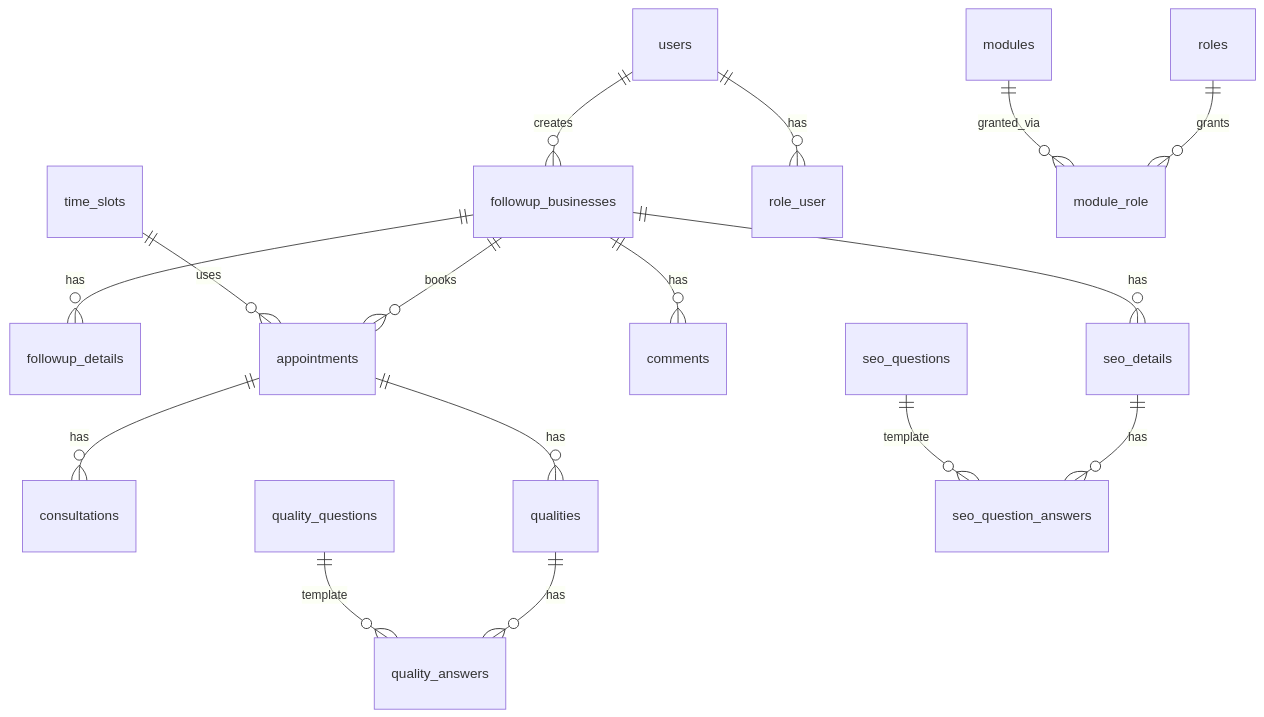
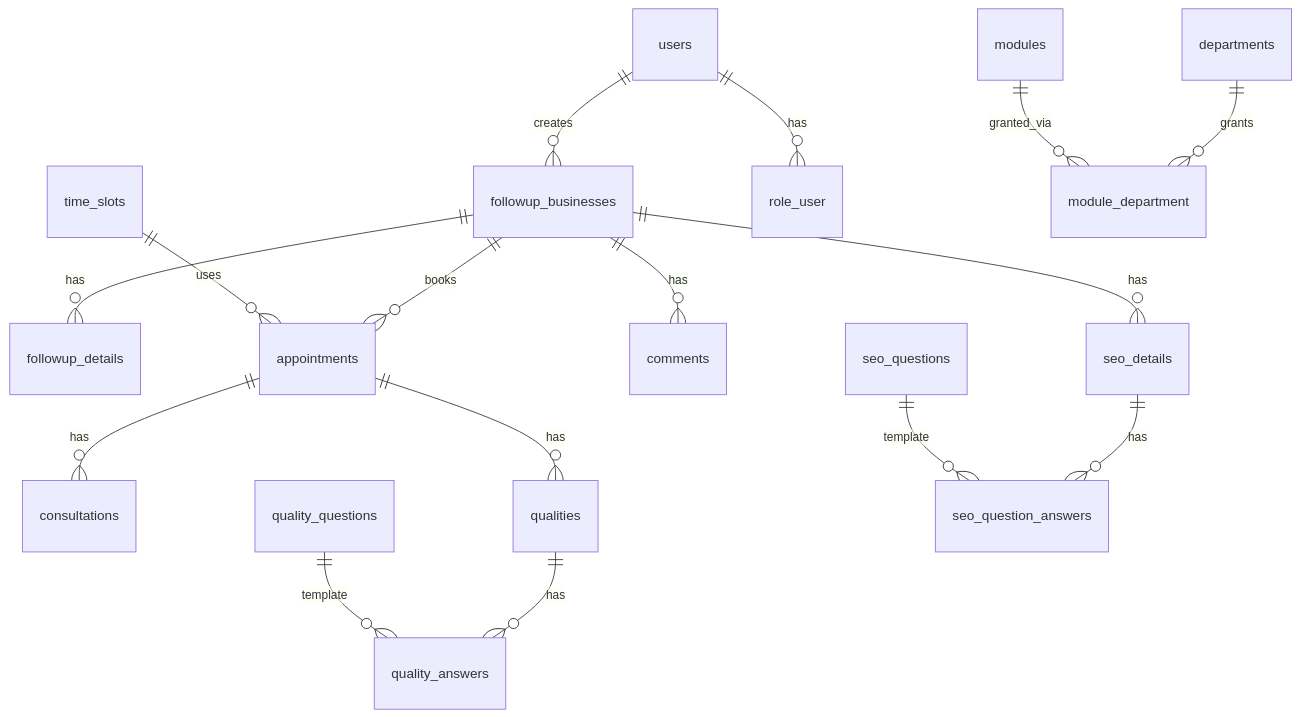
One commit to fastranking05/FastrankingCRMUpdatable changed the diagram in docs/DATABASE_STRUCTURE.md. Above: the diagram before and after it, drawn with Mermaid. The commit also changed other lines of this file and 42 other files, not shown here.

````diff
--- a/docs/DATABASE_STRUCTURE.md
+++ b/docs/DATABASE_STRUCTURE.md
@@ -493,18 +493,18 @@
 ```mermaid
 erDiagram
     users ||--o{ followup_businesses : creates
     followup_businesses ||--o{ followup_details : has
     followup_businesses ||--o{ appointments : books
     followup_businesses ||--o{ comments : has
     time_slots ||--o{ appointments : uses
     appointments ||--o{ consultations : has
     appointments ||--o{ qualities : has
     qualities ||--o{ quality_answers : has
     quality_questions ||--o{ quality_answers : template
     followup_businesses ||--o{ seo_details : has
     seo_details ||--o{ seo_question_answers : has
     seo_questions ||--o{ seo_question_answers : template
     users ||--o{ role_user : has
-    roles ||--o{ module_role : grants
-    modules ||--o{ module_role : granted_via
+    departments ||--o{ module_department : grants
+    modules ||--o{ module_department : granted_via
 ```
````
